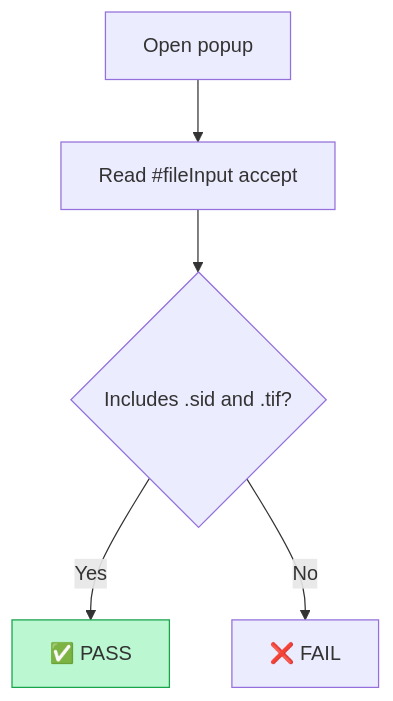
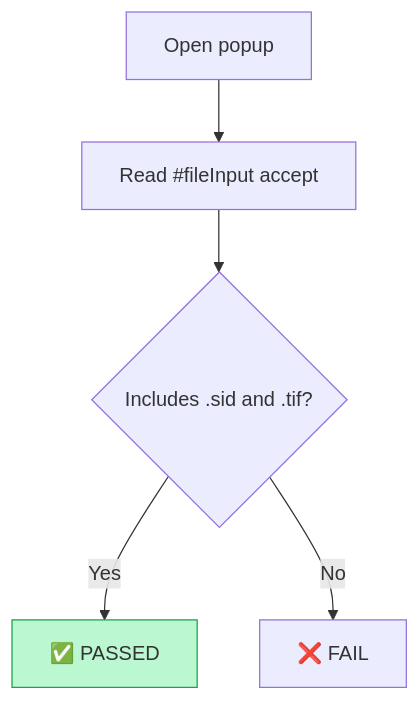
One commit to GeoWGS84-Testing/Mrsid-Extension changed the fifth of 38 diagrams in README.md. Above: the diagram before and after it, drawn with Mermaid. The commit also changed other lines of this file, not shown here.

````diff
--- a/README.md
+++ b/README.md
@@ -299,9 +328,8 @@
 ```mermaid
 flowchart TD
   A[Open popup] --> B[Read #fileInput accept]
   B --> C{Includes .sid and .tif?}
-  C -->|Yes| P[✅ PASS]
+  C -->|Yes| P[✅ PASSED]
   C -->|No| X[❌ FAIL]
-
   style P fill:#bbf7d0,stroke:#16a34a
 ```
````
